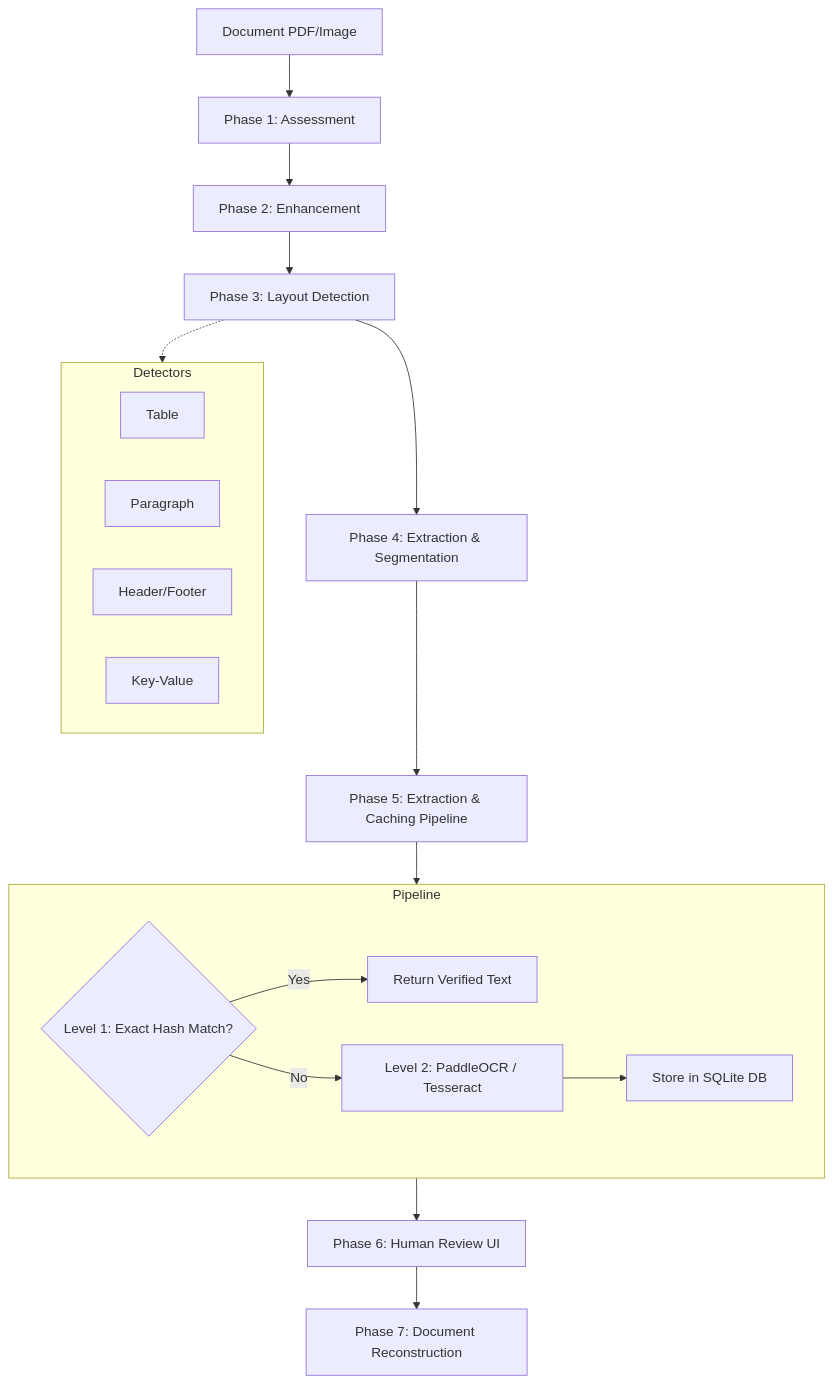
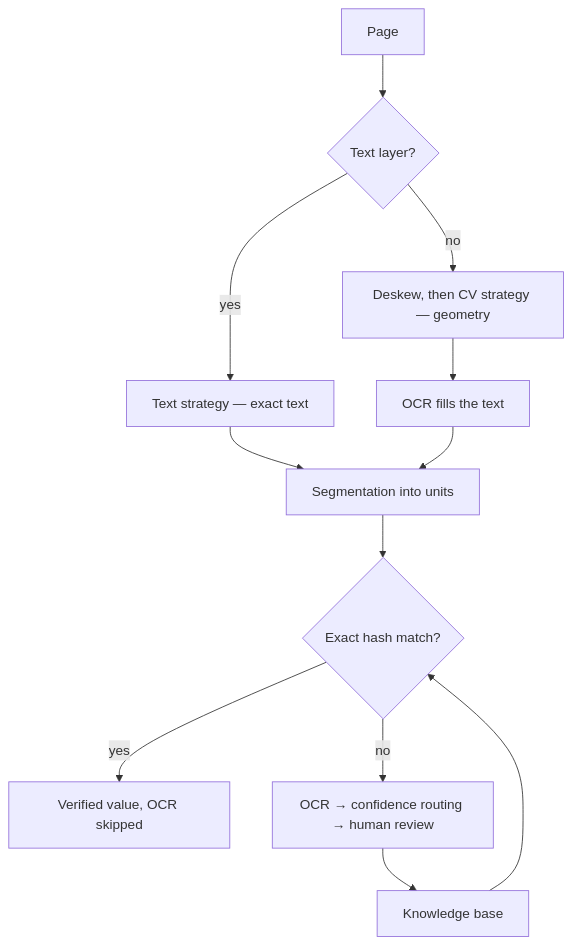
One commit to gurudevkumar51/piply-opdf changed the diagram in README.md. Above: the diagram before and after it, drawn with Mermaid. The commit also changed other lines of this file and 159 other files, not shown here.

````diff
--- a/README.md
+++ b/README.md
@@ -72,27 +81,14 @@
 ```mermaid
 flowchart TD
-    A[Document PDF/Image] --> B[Phase 1: Assessment]
-    B --> C[Phase 2: Enhancement]
-    C --> D[Phase 3: Layout Detection]
-    
-    subgraph Detectors
-        D1[Table]
-        D2[Paragraph]
-        D3[Header/Footer]
-        D4[Key-Value]
-    end
-    D -.-> Detectors
-    
-    D --> E[Phase 4: Extraction & Segmentation]
-    E --> F[Phase 5: Extraction & Caching Pipeline]
-    
-    subgraph Pipeline
-        F1{Level 1: Exact Hash Match?}
-        F1 -- Yes --> F2[Return Verified Text]
-        F1 -- No --> F3[Level 2: PaddleOCR / Tesseract]
-        F3 --> F4[Store in SQLite DB]
-    end
-    F --> Pipeline
-    Pipeline --> G[Phase 6: Human Review UI]
-    G --> H[Phase 7: Document Reconstruction]
+    A[Page] --> B{Text layer?}
+    B -- yes --> C[Text strategy — exact text]
+    B -- no --> D[Deskew, then CV strategy — geometry]
+    D --> E[OCR fills the text]
+    C --> F[Segmentation into units]
+    E --> F
+    F --> G{Exact hash match?}
+    G -- yes --> H[Verified value, OCR skipped]
+    G -- no --> I[OCR → confidence routing → human review]
+    I --> J[Knowledge base]
+    J --> G
 ```
````
